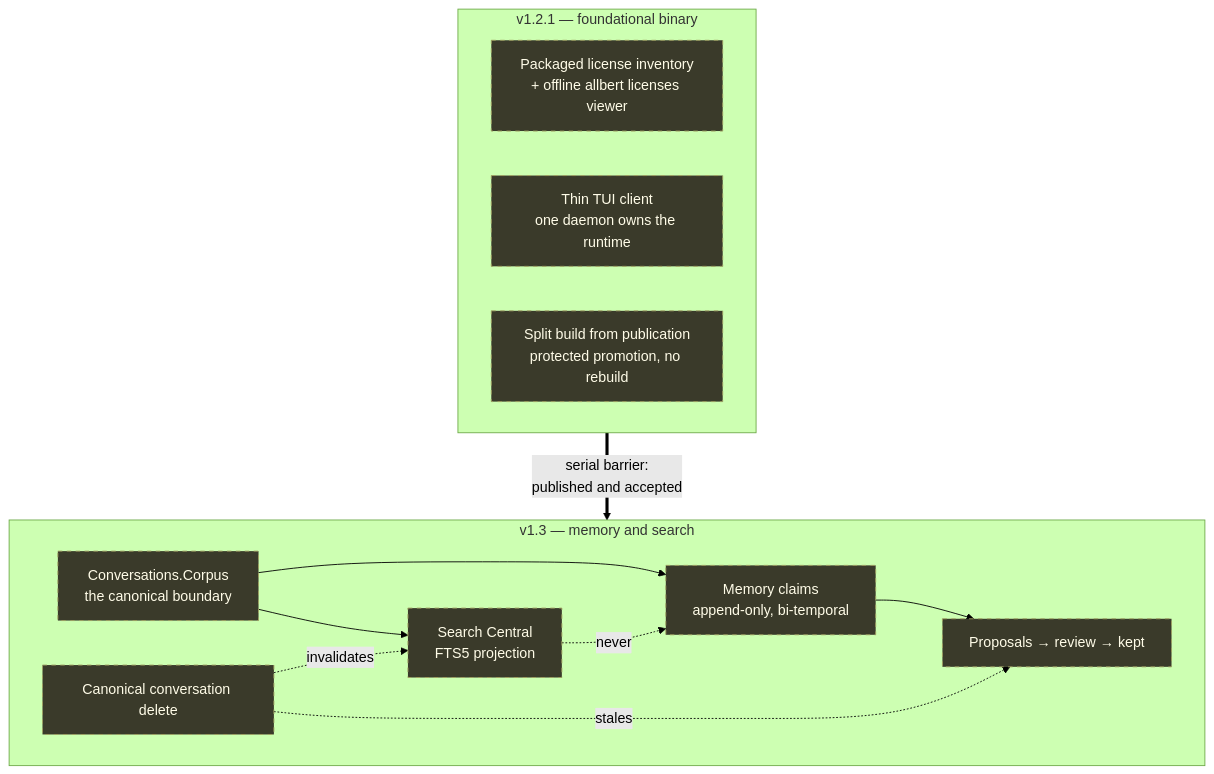
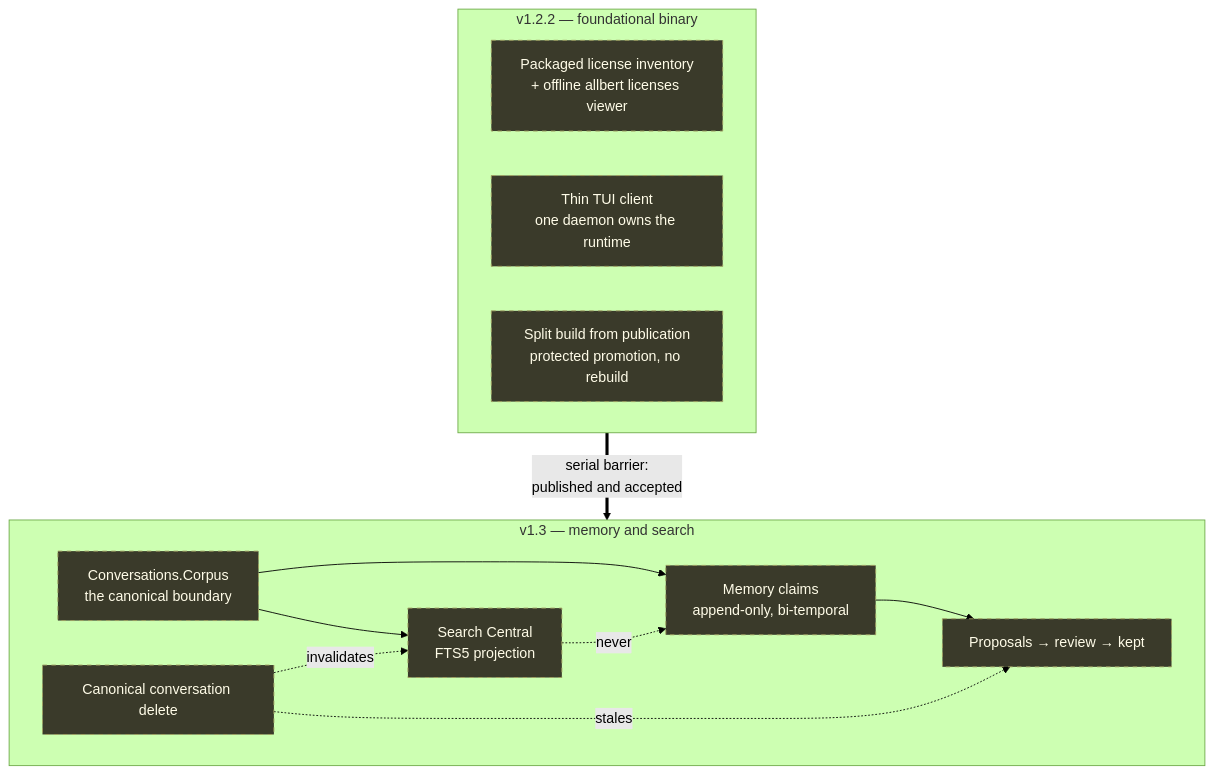
Before and after one commit to lexlapax/allbert-assist: the seventh of 7 diagrams in docs/design/architecture-diagrams.md, drawn with Mermaid (forest theme). The commit also changed other lines of this file and 28 other files, not shown here.

````diff
--- a/docs/design/architecture-diagrams.md
+++ b/docs/design/architecture-diagrams.md
@@ -337,28 +337,28 @@
 ```mermaid
 flowchart TB
-    subgraph V121["v1.2.1 — foundational binary"]
+    subgraph V121["v1.2.2 — foundational binary"]
         LIC["Packaged license inventory<br/>+ offline allbert licenses viewer"]
         THIN["Thin TUI client<br/>one daemon owns the runtime"]
         PROMO["Split build from publication<br/>protected promotion, no rebuild"]
     end
 
     subgraph V13["v1.3 — memory and search"]
         CORPUS["Conversations.Corpus<br/>the canonical boundary"]
         CLAIMS["Memory claims<br/>append-only, bi-temporal"]
         PROP["Proposals → review → kept"]
         SEARCH["Search Central<br/>FTS5 projection"]
         DEL["Canonical conversation delete"]
     end
 
     V121 ==>|serial barrier:<br/>published and accepted| V13
 
     CORPUS --> CLAIMS
     CORPUS --> SEARCH
     CLAIMS --> PROP
     DEL -.invalidates.-> SEARCH
     DEL -.stales.-> PROP
     SEARCH -.->|never| CLAIMS
 
     classDef planned stroke-dasharray: 5 5,fill:#3a3a2a,stroke:#a0a060,color:#fffce8
     class LIC,THIN,PROMO,CORPUS,CLAIMS,PROP,SEARCH,DEL planned
 ```
````
